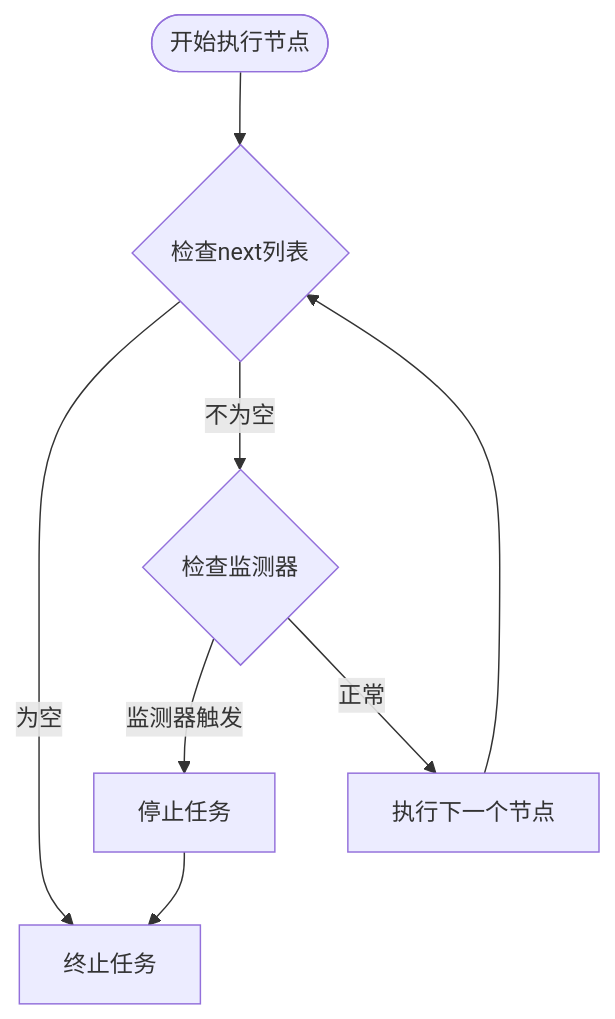
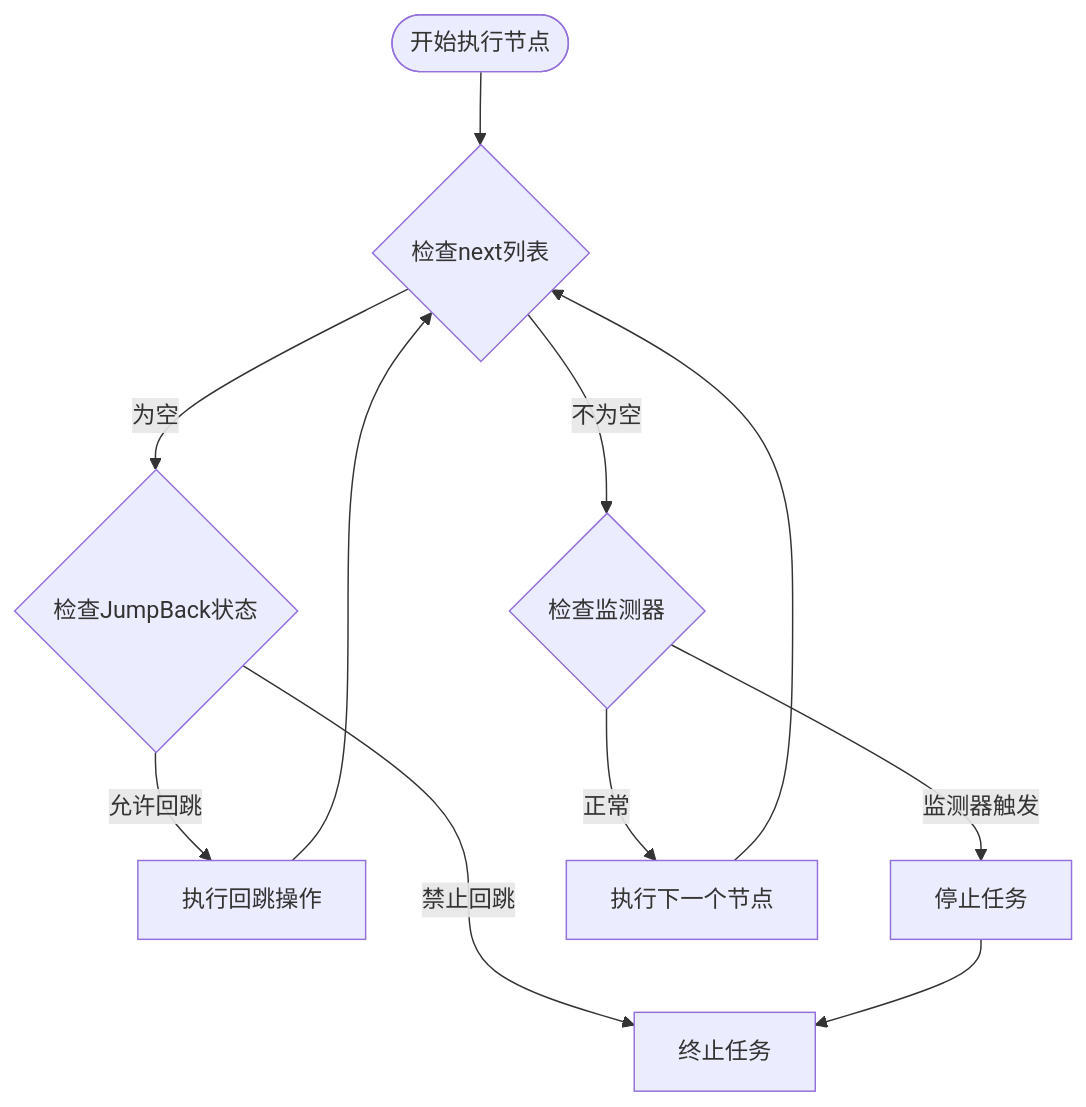
One commit to kqcoxn/MaaDuDuL changed the third of 6 diagrams in .qoder/repowiki/zh/content/系统架构与设计/任务流水线架构/流水线执行引擎机制/终止条件与错误处理.md. Above: the diagram before and after it, drawn with Mermaid. The commit also changed other lines of this file and 9 other files, not shown here.

````diff
--- a/.qoder/repowiki/zh/content/系统架构与设计/任务流水线架构/流水线执行引擎机制/终止条件与错误处理.md
+++ b/.qoder/repowiki/zh/content/系统架构与设计/任务流水线架构/流水线执行引擎机制/终止条件与错误处理.md
@@ -149,10 +197,13 @@
 ```mermaid
 flowchart TD
 Start([开始执行节点]) --> CheckNext{"检查next列表"}
-CheckNext --> |为空| Terminate[终止任务]
+CheckNext --> |为空| CheckJumpBack{"检查JumpBack状态"}
+CheckJumpBack --> |允许回跳| JumpBack[执行回跳操作]
+CheckJumpBack --> |禁止回跳| Terminate[终止任务]
 CheckNext --> |不为空| CheckMonitor{"检查监测器"}
 CheckMonitor --> |监测器触发| StopTask[停止任务]
 CheckMonitor --> |正常| ExecuteNext[执行下一个节点]
 ExecuteNext --> CheckNext
 StopTask --> Terminate
+JumpBack --> CheckNext
 ```
````
